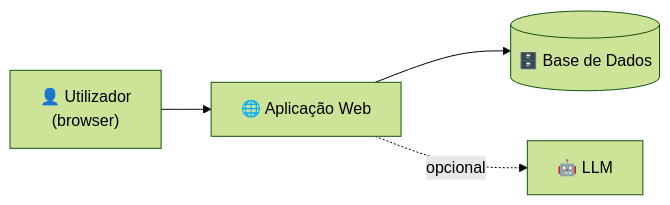
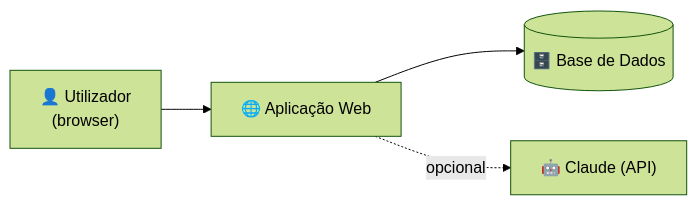
The diagram in docs/docvisao.md (Mareques/ESI_KDHEALTH), drawn with Mermaid (forest theme) before and after one commit. The commit also changed other lines of this file, not shown here.

First line of the commit message:
Revise LLM to Claude and update functionality notes

````diff
--- a/docs/docvisao.md
+++ b/docs/docvisao.md
@@ -73,6 +73,6 @@
 ```mermaid
 flowchart LR
     U["👤 Utilizador<br/>(browser)"] --> W["🌐 Aplicação Web"]
     W --> D[("🗄️ Base de Dados")]
-    W -.->|opcional| L["🤖 LLM"]
+    W -.->|opcional| L["🤖 Claude (API)"]
 ```
````
